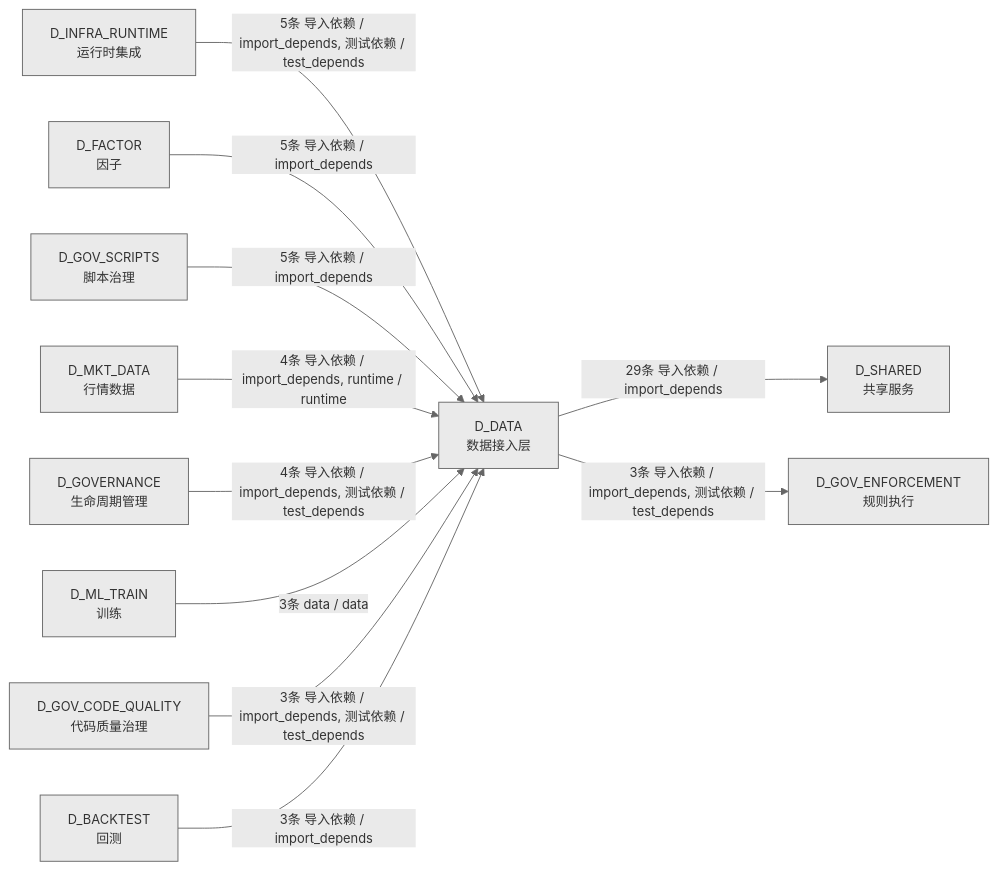
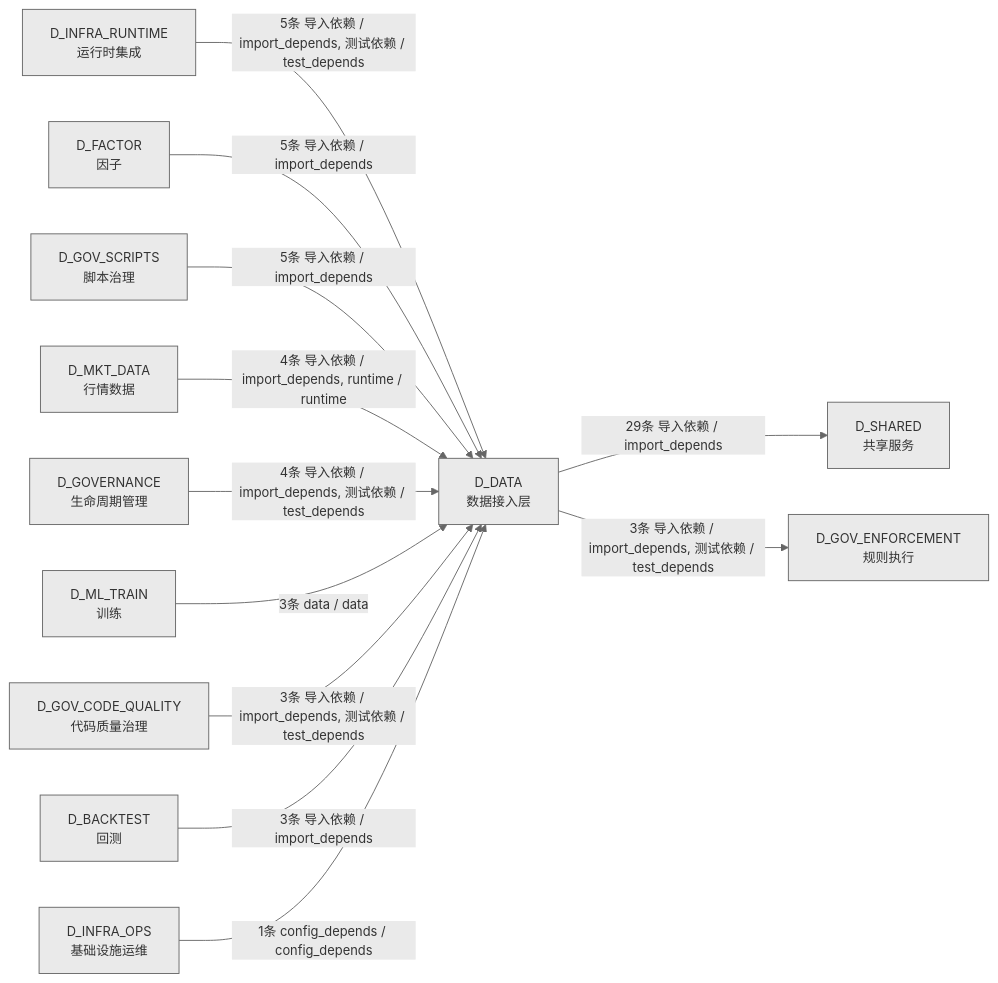
The fourth of 4 diagrams in docs/02_enterprise_architecture/02_domain_architecture_docs/11_d_data.md (xuanFelixVan/ZephyrAlpha), drawn with Mermaid before and after one commit. The commit also changed other lines of this file and 46 other files, not shown here.

````diff
--- a/docs/02_enterprise_architecture/02_domain_architecture_docs/11_d_data.md
+++ b/docs/02_enterprise_architecture/02_domain_architecture_docs/11_d_data.md
@@ -1454,25 +1456,27 @@
 ```mermaid
 %%{init: {'theme': 'base', 'themeVariables': {'primaryColor': '#eaeaea', 'primaryTextColor': '#333333', 'primaryBorderColor': '#666666', 'lineColor': '#666666', 'secondaryColor': '#eaeaea', 'tertiaryColor': '#eaeaea', 'fontSize': '14px'}}}%%
 graph LR
     D_DATA["D_DATA<br/>数据接入层"]
     D_SHARED["D_SHARED<br/>共享服务"]
     D_GOV_ENFORCEMENT["D_GOV_ENFORCEMENT<br/>规则执行"]
     D_INFRA_RUNTIME["D_INFRA_RUNTIME<br/>运行时集成"]
     D_FACTOR["D_FACTOR<br/>因子"]
     D_GOV_SCRIPTS["D_GOV_SCRIPTS<br/>脚本治理"]
     D_MKT_DATA["D_MKT_DATA<br/>行情数据"]
     D_GOVERNANCE["D_GOVERNANCE<br/>生命周期管理"]
     D_ML_TRAIN["D_ML_TRAIN<br/>训练"]
     D_GOV_CODE_QUALITY["D_GOV_CODE_QUALITY<br/>代码质量治理"]
     D_BACKTEST["D_BACKTEST<br/>回测"]
+    D_INFRA_OPS["D_INFRA_OPS<br/>基础设施运维"]
     D_DATA -->|29条 导入依赖 / import_depends| D_SHARED
     D_DATA -->|3条 导入依赖 / import_depends, 测试依赖 / test_depends| D_GOV_ENFORCEMENT
     D_INFRA_RUNTIME -->|5条 导入依赖 / import_depends, 测试依赖 / test_depends| D_DATA
     D_FACTOR -->|5条 导入依赖 / import_depends| D_DATA
     D_GOV_SCRIPTS -->|5条 导入依赖 / import_depends| D_DATA
     D_MKT_DATA -->|4条 导入依赖 / import_depends, runtime / runtime| D_DATA
     D_GOVERNANCE -->|4条 导入依赖 / import_depends, 测试依赖 / test_depends| D_DATA
     D_ML_TRAIN -->|3条 data / data| D_DATA
     D_GOV_CODE_QUALITY -->|3条 导入依赖 / import_depends, 测试依赖 / test_depends| D_DATA
     D_BACKTEST -->|3条 导入依赖 / import_depends| D_DATA
+    D_INFRA_OPS -->|1条 config_depends / config_depends| D_DATA
 ```
````
